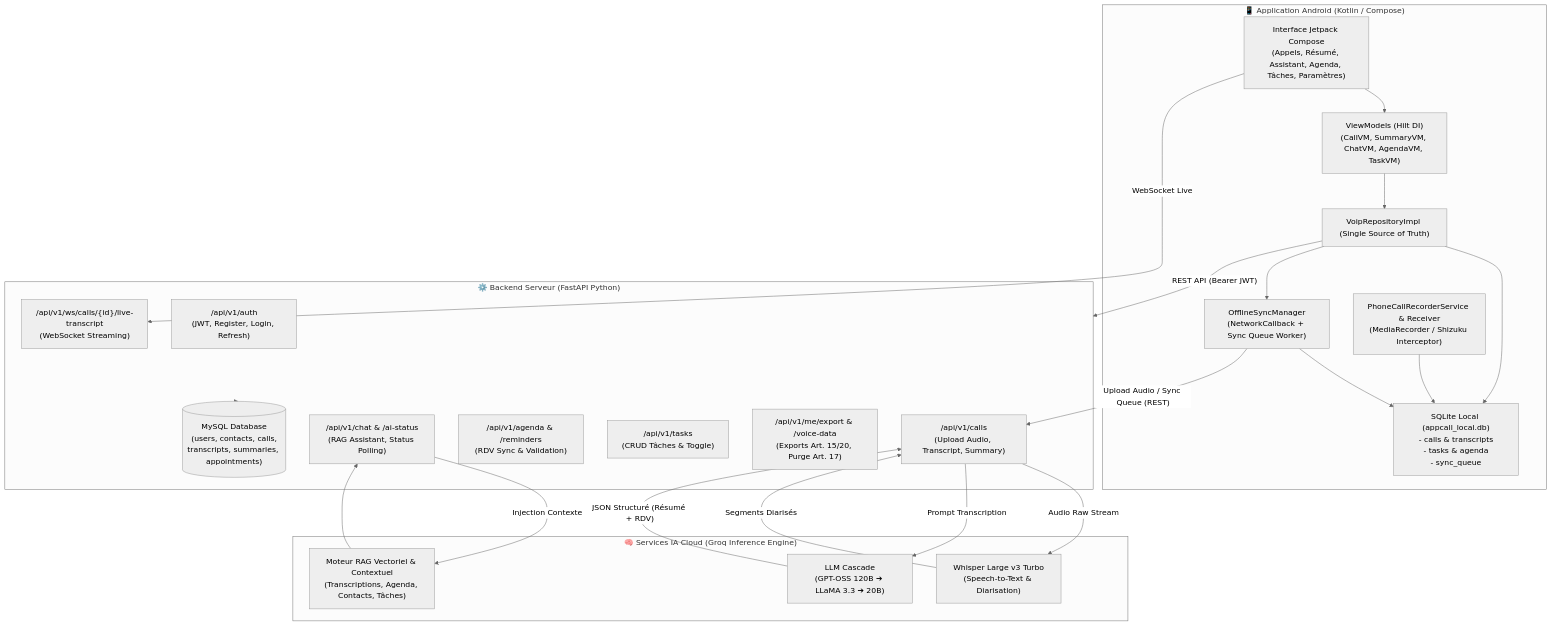
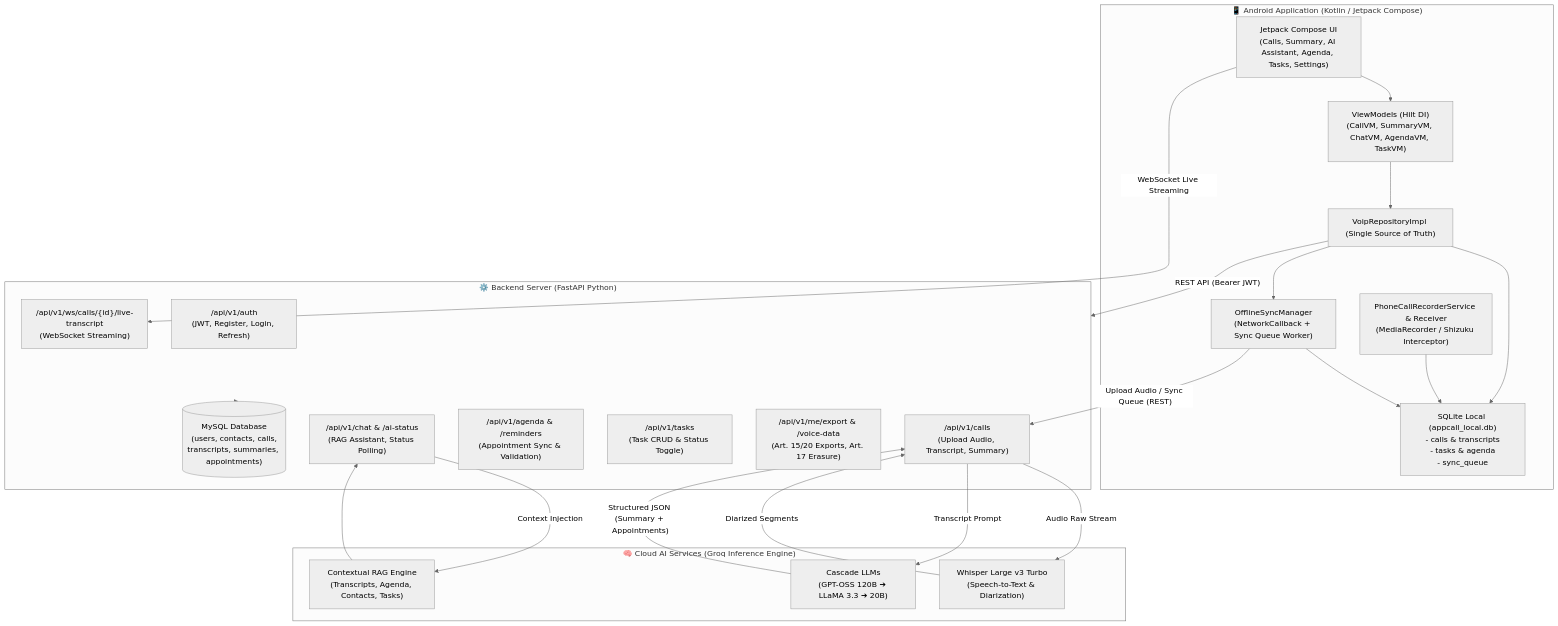
One commit to Ysn-Ir/IntelligentAppCalls changed the first of 4 diagrams in ARCHITECTURE.md. Above: the diagram before and after it, drawn with Mermaid (neutral theme). The commit also changed other lines of this file and 3 other files, not shown here.

Commit message:
docs: translate all documentation files to English including architecture, history logs and hosting guides

````diff
--- a/ARCHITECTURE.md
+++ b/ARCHITECTURE.md
@@ -49,53 +49,53 @@
 ```mermaid
 flowchart TB
-    subgraph Client_Android["📱 Application Android (Kotlin / Compose)"]
-        UI["Interface Jetpack Compose<br/>(Appels, Résumé, Assistant, Agenda, Tâches, Paramètres)"]
+    subgraph Client_Android["📱 Android Application (Kotlin / Jetpack Compose)"]
+        UI["Jetpack Compose UI<br/>(Calls, Summary, AI Assistant, Agenda, Tasks, Settings)"]
         VM["ViewModels (Hilt DI)<br/>(CallVM, SummaryVM, ChatVM, AgendaVM, TaskVM)"]
         Repo["VoipRepositoryImpl (Single Source of Truth)"]
         LocalDB["SQLite Local (appcall_local.db)<br/>- calls & transcripts<br/>- tasks & agenda<br/>- sync_queue"]
         SyncMgr["OfflineSyncManager<br/>(NetworkCallback + Sync Queue Worker)"]
         Recorder["PhoneCallRecorderService & Receiver<br/>(MediaRecorder / Shizuku Interceptor)"]
     end
 
-    subgraph Backend_FastAPI["⚙️ Backend Serveur (FastAPI Python)"]
+    subgraph Backend_FastAPI["⚙️ Backend Server (FastAPI Python)"]
         RouterAuth["/api/v1/auth<br/>(JWT, Register, Login, Refresh)"]
         RouterCalls["/api/v1/calls<br/>(Upload Audio, Transcript, Summary)"]
         RouterAI["/api/v1/chat & /ai-status<br/>(RAG Assistant, Status Polling)"]
-        RouterAgenda["/api/v1/agenda & /reminders<br/>(RDV Sync & Validation)"]
-        RouterTasks["/api/v1/tasks<br/>(CRUD Tâches & Toggle)"]
-        RouterGDPR["/api/v1/me/export & /voice-data<br/>(Exports Art. 15/20, Purge Art. 17)"]
+        RouterAgenda["/api/v1/agenda & /reminders<br/>(Appointment Sync & Validation)"]
+        RouterTasks["/api/v1/tasks<br/>(Task CRUD & Status Toggle)"]
+        RouterGDPR["/api/v1/me/export & /voice-data<br/>(Art. 15/20 Exports, Art. 17 Erasure)"]
         RouterWS["/api/v1/ws/calls/{id}/live-transcript<br/>(WebSocket Streaming)"]
         
         DB_MySQL[("MySQL Database<br/>(users, contacts, calls,<br/>transcripts, summaries, appointments)")]
     end
 
-    subgraph Pipeline_IA["🧠 Services IA Cloud (Groq Inference Engine)"]
-        STT["Whisper Large v3 Turbo<br/>(Speech-to-Text & Diarisation)"]
-        LLM_Summarizer["LLM Cascade<br/>(GPT-OSS 120B ➔ LLaMA 3.3 ➔ 20B)"]
-        RAG_Engine["Moteur RAG Vectoriel & Contextuel<br/>(Transcriptions, Agenda, Contacts, Tâches)"]
+    subgraph Pipeline_IA["🧠 Cloud AI Services (Groq Inference Engine)"]
+        STT["Whisper Large v3 Turbo<br/>(Speech-to-Text & Diarization)"]
+        LLM_Summarizer["Cascade LLMs<br/>(GPT-OSS 120B ➔ LLaMA 3.3 ➔ 20B)"]
+        RAG_Engine["Contextual RAG Engine<br/>(Transcripts, Agenda, Contacts, Tasks)"]
     end
 
-    %% Flux Android interne
+    %% Android internal flow
     UI --> VM
     VM --> Repo
     Repo --> LocalDB
     Repo --> SyncMgr
     Recorder --> LocalDB
     SyncMgr --> LocalDB
 
-    %% Flux Réseau Android <-> Backend
+    %% Network flow Android <-> Backend
     SyncMgr -- "Upload Audio / Sync Queue (REST)" --> RouterCalls
     Repo -- "REST API (Bearer JWT)" --> Backend_FastAPI
-    UI -- "WebSocket Live" --> RouterWS
+    UI -- "WebSocket Live Streaming" --> RouterWS
 
-    %% Flux Backend <-> DB
+    %% Backend <-> DB
     Backend_FastAPI --> DB_MySQL
 
-    %% Flux Backend <-> IA
+    %% Backend <-> AI
     RouterCalls -- "Audio Raw Stream" --> STT
-    STT -- "Segments Diarisés" --> RouterCalls
-    RouterCalls -- "Prompt Transcription" --> LLM_Summarizer
-    LLM_Summarizer -- "JSON Structuré (Résumé + RDV)" --> RouterCalls
-    RouterAI -- "Injection Contexte" --> RAG_Engine
+    STT -- "Diarized Segments" --> RouterCalls
+    RouterCalls -- "Transcript Prompt" --> LLM_Summarizer
+    LLM_Summarizer -- "Structured JSON (Summary + Appointments)" --> RouterCalls
+    RouterAI -- "Context Injection" --> RAG_Engine
     RAG_Engine --> RouterAI
 ```
````
